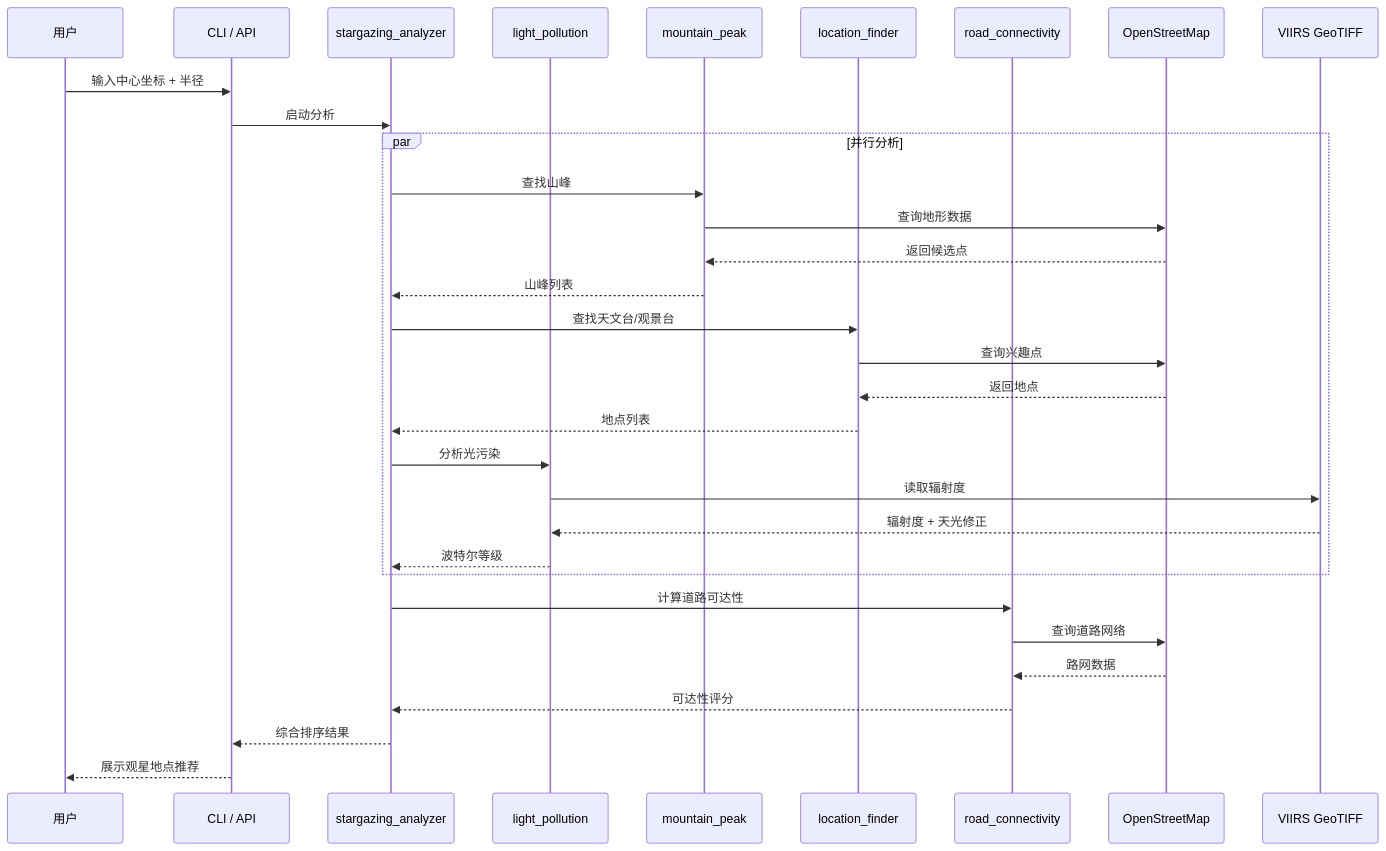
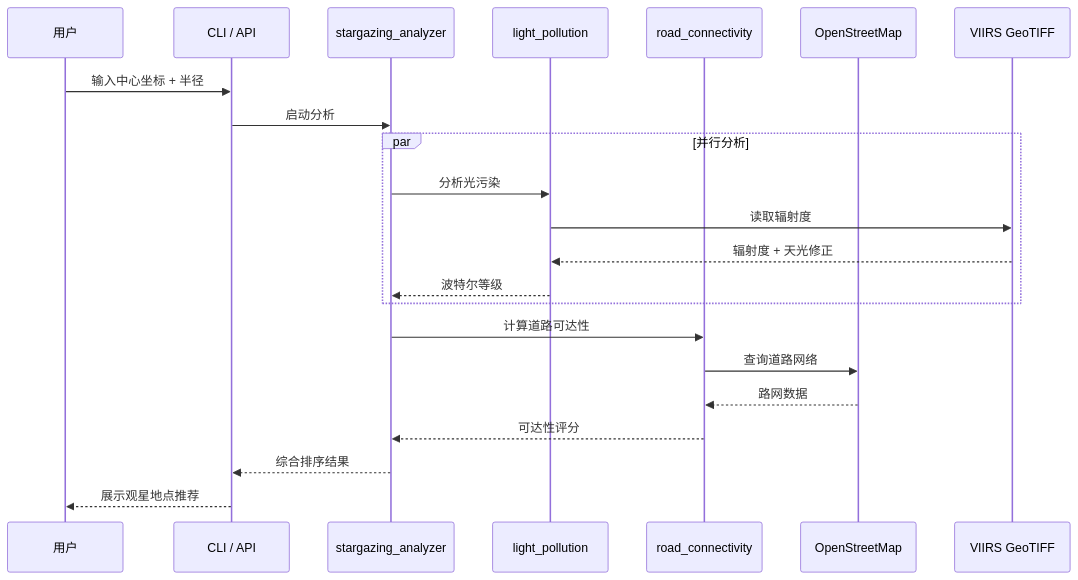
Before and after one commit to StarGazer1995/stargazing-place-finder: the second of 2 diagrams in README.md, drawn with Mermaid. The commit also changed other lines of this file and 13 other files, not shown here.

First line of the commit message:
refactor: remove empty location_finder and mountain_peak packages (#26)

````diff
--- a/README.md
+++ b/README.md
@@ -101,40 +92,28 @@
 ```mermaid
 sequenceDiagram
     participant U as 用户
     participant CLI as CLI / API
     participant SA as stargazing_analyzer
     participant LP as light_pollution
-    participant MP as mountain_peak
-    participant LF as location_finder
     participant RC as road_connectivity
     participant OSM as OpenStreetMap
     participant VIIRS as VIIRS GeoTIFF
 
     U->>CLI: 输入中心坐标 + 半径
     CLI->>SA: 启动分析
 
     par 并行分析
-        SA->>MP: 查找山峰
-        MP->>OSM: 查询地形数据
-        OSM-->>MP: 返回候选点
-        MP-->>SA: 山峰列表
-
-        SA->>LF: 查找天文台/观景台
-        LF->>OSM: 查询兴趣点
-        OSM-->>LF: 返回地点
-        LF-->>SA: 地点列表
-
         SA->>LP: 分析光污染
         LP->>VIIRS: 读取辐射度
         VIIRS-->>LP: 辐射度 + 天光修正
         LP-->>SA: 波特尔等级
     end
 
     SA->>RC: 计算道路可达性
     RC->>OSM: 查询道路网络
     OSM-->>RC: 路网数据
     RC-->>SA: 可达性评分
 
     SA-->>CLI: 综合排序结果
     CLI-->>U: 展示观星地点推荐
 ```
````
